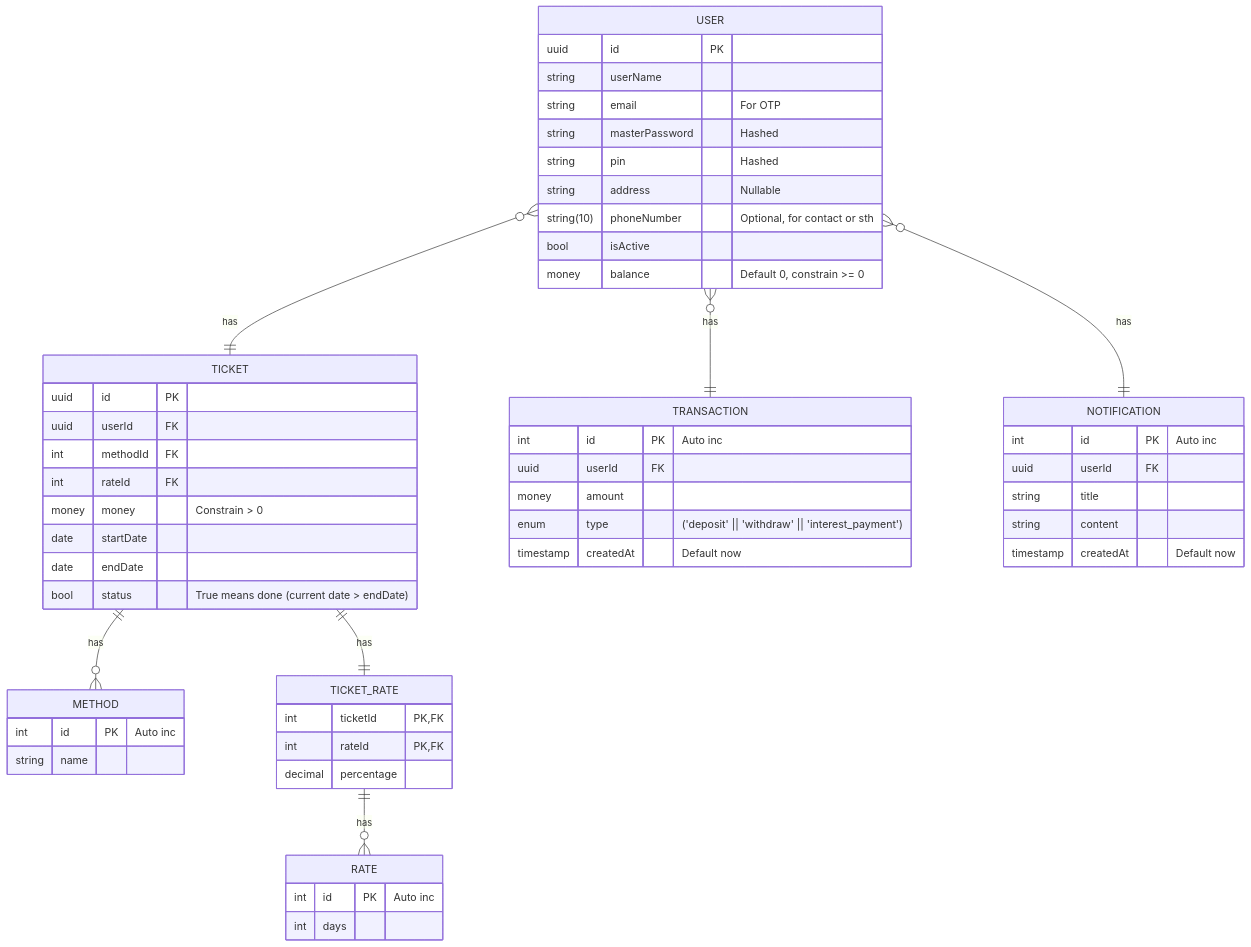
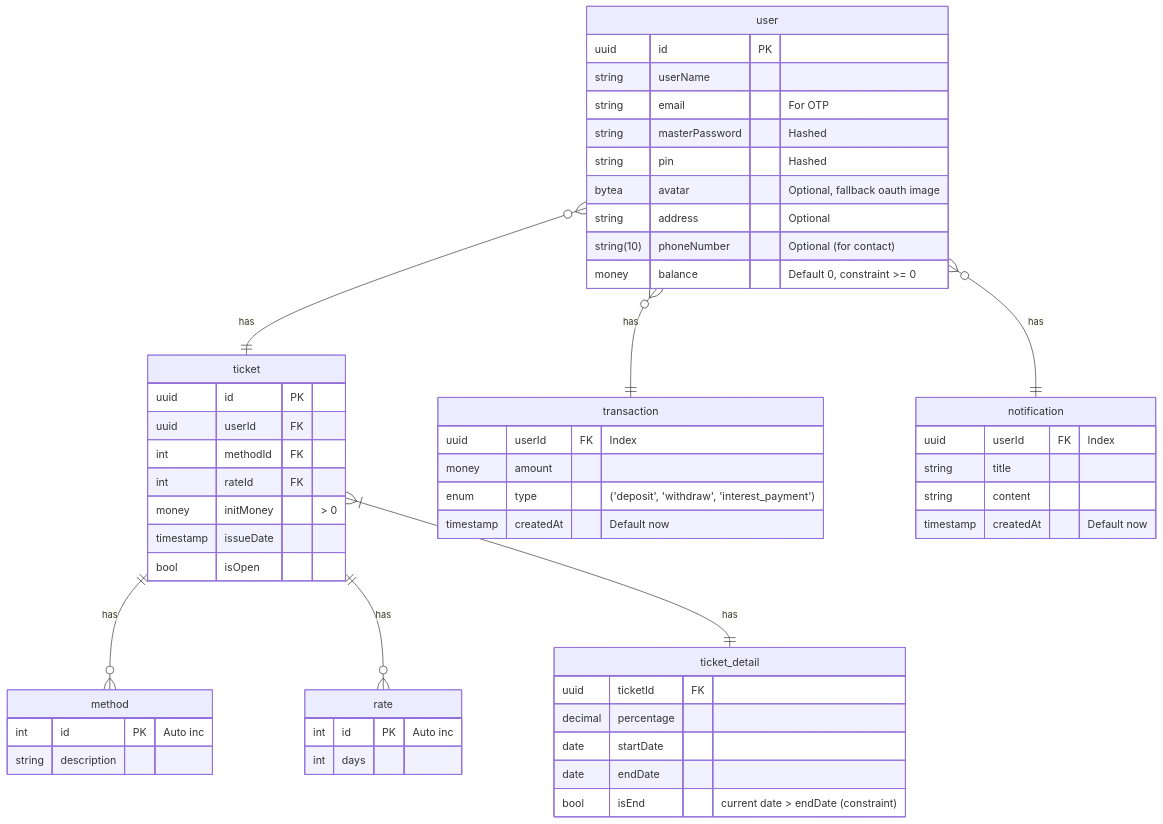
One commit to coinhub-uit/.github changed the first of 2 diagrams in profile/README.md. Above: the diagram before and after it, drawn with Mermaid.

Commit message:
chore(README): change db structure

````diff
--- a/profile/README.md
+++ b/profile/README.md
@@ -15,66 +15,67 @@
 ```mermaid
 erDiagram
-  USER {
+  user {
     uuid id PK
     string userName
     string email "For OTP"
     string masterPassword "Hashed"
     string pin "Hashed"
-    string address "Nullable"
-    string(10) phoneNumber "Optional, for contact or sth"
+    bytea avatar "Optional, fallback oauth image"
+    string address "Optional"
+    string(10) phoneNumber "Optional (for contact)"
     %% For what??
-    bool isActive
-    money balance "Default 0, constrain >= 0"
+    %% bool isActive
+    money balance "Default 0, constraint >= 0"
   }
 
-  METHOD {
+  method {
     int id PK "Auto inc"
-    string name
+    string description
   }
 
-  RATE {
+  %% name??
+  rate {
     int id PK "Auto inc"
     int days
   }
 
-  TICKET {
+  ticket {
     uuid id PK
     uuid userId FK
     int methodId FK
     int rateId FK
-    money money "Constrain > 0"
+    money initMoney "> 0"
+    timestamp issueDate
+    bool isOpen
+  }
+
+  %% need change the name
+  ticket_detail {
+    uuid ticketId FK
+    decimal percentage
     date startDate
     date endDate
-    %% or try calculating status by curDate and endDate maybe?
-    bool status "True means done (current date > endDate)"
+    bool isEnd "current date > endDate (constraint)"
   }
 
-  TICKET_RATE {
-    int ticketId PK,FK
-    int rateId PK,FK
-    decimal percentage
-  }
-
-  TRANSACTION {
-    int id PK "Auto inc"
-    uuid userId FK
+  transaction {
+    uuid userId FK "Index"
     money amount
-    enum type "('deposit' || 'withdraw' || 'interest_payment')"
+    enum type "('deposit', 'withdraw', 'interest_payment')"
     timestamp createdAt "Default now"
   }
 
-  NOTIFICATION {
-    int id PK "Auto inc"
-    uuid userId FK
+  notification {
+    uuid userId FK "Index"
     string title
     string content
     timestamp createdAt "Default now"
   }
 
-  USER }o--|| TICKET : has
-  USER }o--|| TRANSACTION : has
-  USER }o--|| NOTIFICATION : has
-  TICKET ||--}o METHOD : has
-  TICKET ||--|| TICKET_RATE : has
-  TICKET_RATE ||--}o RATE : has
+  user }o--|| ticket : has
+  user }o--|| transaction : has
+  user }o--|| notification : has
+  ticket ||--}o method : has
+  ticket ||--}o rate : has
+  ticket }|--|| ticket_detail : has
 ```
````
